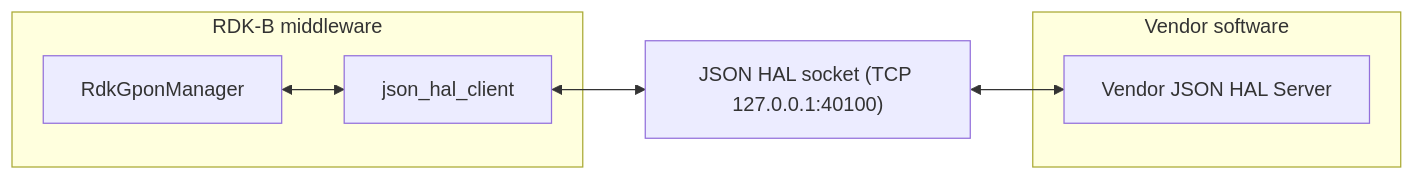
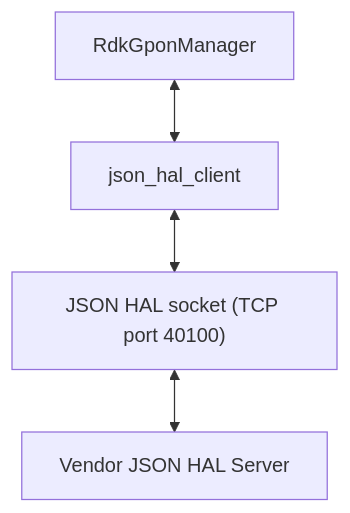
Before and after one commit to Blitzy-Sky/gpon-manager: the diagram in README.md, drawn with Mermaid. The commit also changed other lines of this file and 2 other files, not shown here.

First line of the commit message:
docs: align the GPON JSON HAL documentation with its sibling managers

````diff
--- a/README.md
+++ b/README.md
@@ -33,14 +33,6 @@
 ```mermaid
-graph LR
-    subgraph "RDK-B middleware"
-        RdkGponManager["RdkGponManager"]
-        JsonHalClient["json_hal_client"]
-    end
-    JSONHALSocket["JSON HAL socket (TCP 127.0.0.1:40100)"]
-    subgraph "Vendor software"
-        VendorServer["Vendor JSON HAL Server"]
-    end
-    RdkGponManager <--> JsonHalClient
-    JsonHalClient <--> JSONHALSocket
-    JSONHALSocket <--> VendorServer
+flowchart TD
+    Mgr["RdkGponManager"] <--> Cli["json_hal_client"]
+    Cli <--> Socket["JSON HAL socket (TCP port 40100)"]
+    Socket <--> Srv["Vendor JSON HAL Server"]
 ```
````
